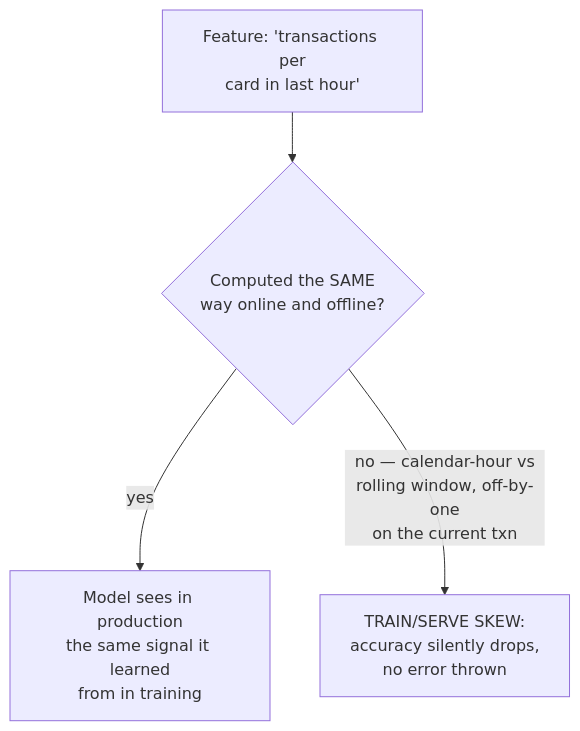
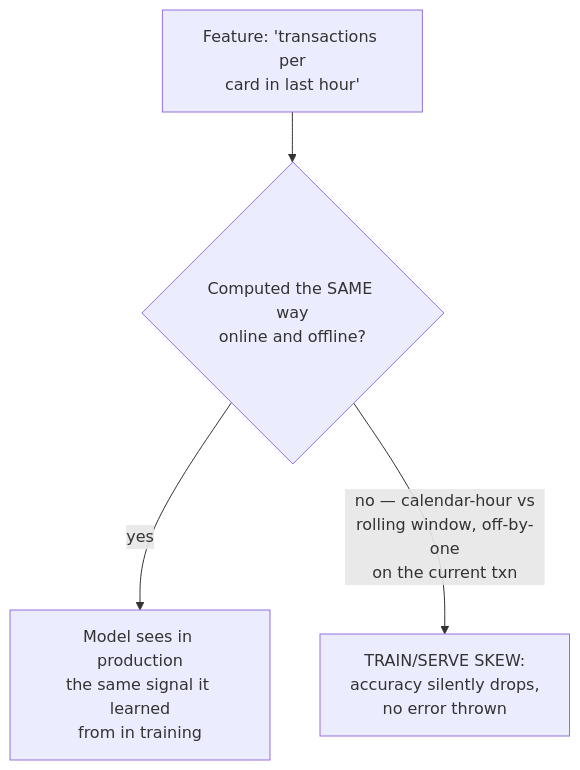
The fourth of 14 diagrams in system-design/HLD/0-course/56-Design-a-Fraud-Detection-System-FAANG-Guide-story.md (riyaz-pasha/Learnings), drawn with Mermaid before and after one commit. The commit also changed other lines of this file and 1 other file, not shown here.

Commit message:
[REWRITE] Fraud Detection System story guide: simplify prose, add structure, fix diagrams

````diff
--- a/system-design/HLD/0-course/56-Design-a-Fraud-Detection-System-FAANG-Guide-story.md
+++ b/system-design/HLD/0-course/56-Design-a-Fraud-Detection-System-FAANG-Guide-story.md
@@ -84,6 +204,6 @@
 ```mermaid
 flowchart TD
-    A["Feature: 'transactions per\ncard in last hour'"] --> B{"Computed the SAME\nway online and offline?"}
-    B -->|"yes"| C["Model sees in production\nthe same signal it learned\nfrom in training"]
-    B -->|"no — calendar-hour vs\nrolling window, off-by-one\non the current txn"| D["TRAIN/SERVE SKEW:\naccuracy silently drops,\nno error thrown"]
+    A["Feature: 'transactions per<br/>card in last hour'"] --> B{"Computed the SAME way<br/>online and offline?"}
+    B -->|"yes"| C["Model sees in production<br/>the same signal it learned<br/>from in training"]
+    B -->|"no — calendar-hour vs<br/>rolling window, off-by-one<br/>on the current txn"| D["TRAIN/SERVE SKEW:<br/>accuracy silently drops,<br/>no error thrown"]
 ```
````
